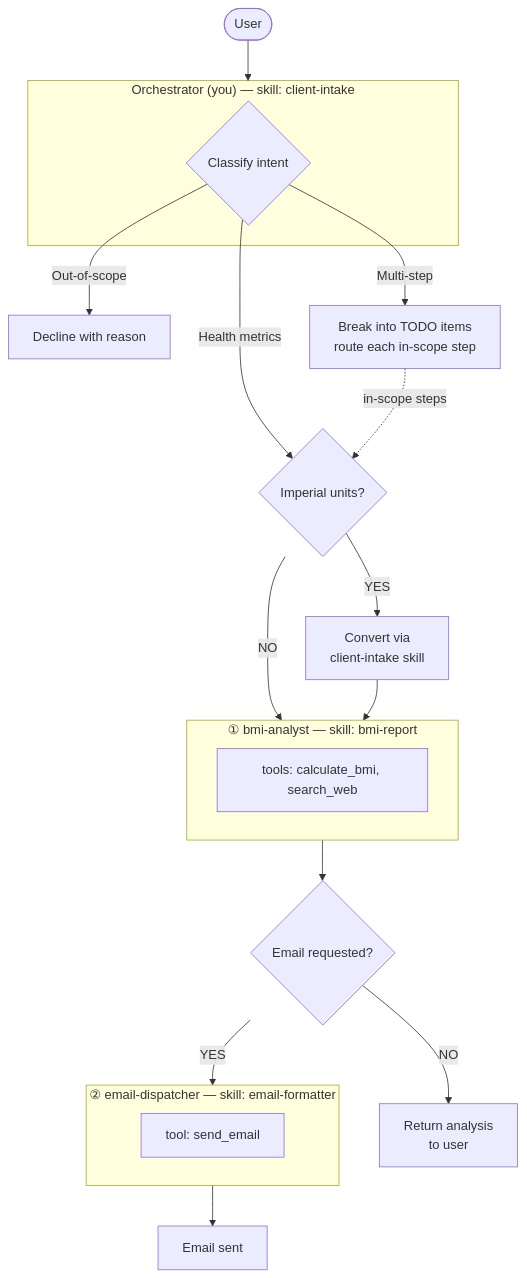
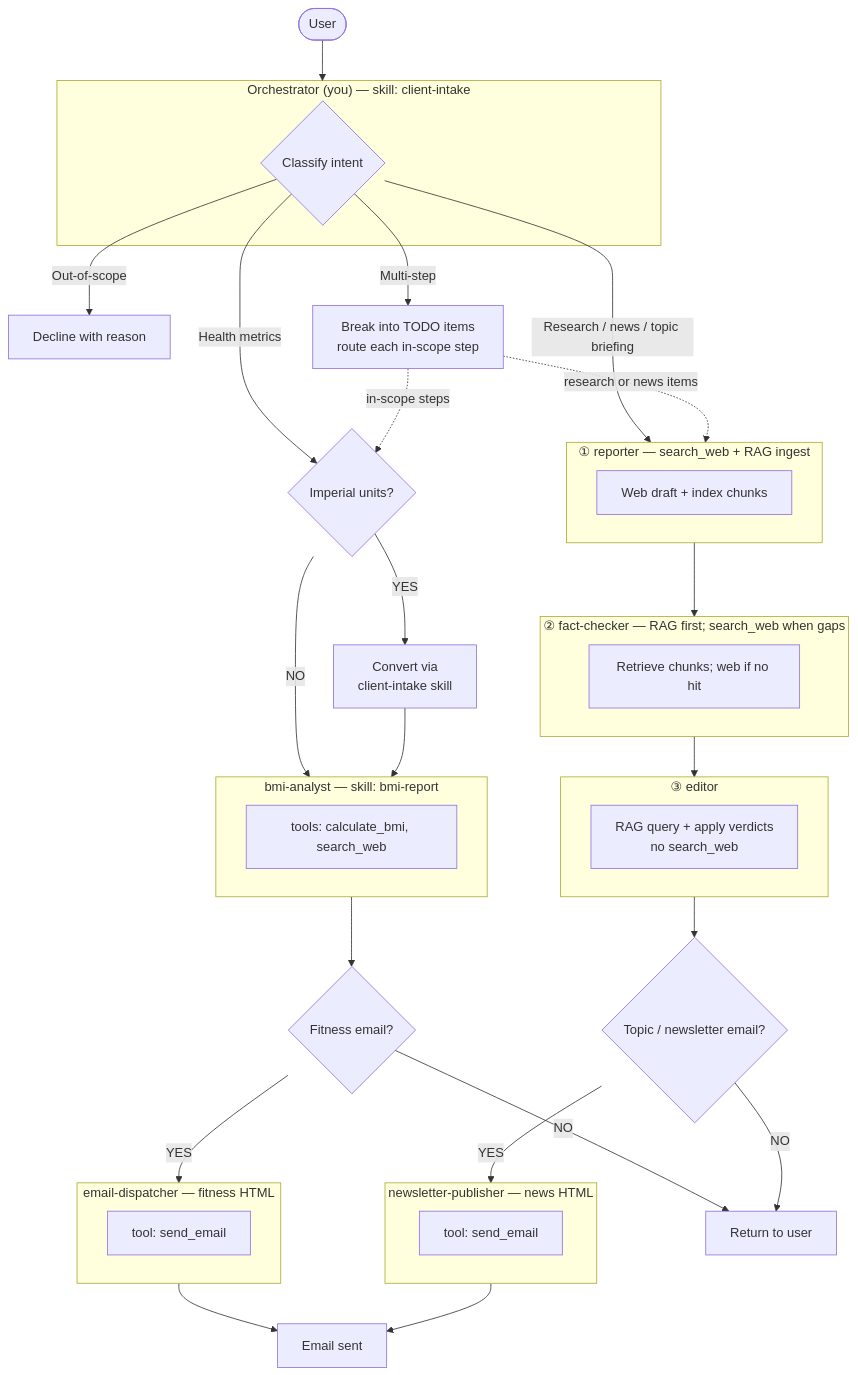
One commit to darxhii/template-agent-con changed the diagram in template_agent/agent_config/system-prompt.md. Above: the diagram before and after it, drawn with Mermaid. The commit also changed other lines of this file and 51 other files, not shown here.

````diff
--- a/template_agent/agent_config/system-prompt.md
+++ b/template_agent/agent_config/system-prompt.md
@@ -12,34 +16,61 @@
 ```mermaid
 flowchart TD
     User([User]) --> Orch
 
     subgraph Orch["Orchestrator (you) — skill: client-intake"]
         Classify{Classify intent}
     end
 
     Classify -->|Out-of-scope| Decline[Decline with reason]
     Classify -->|Multi-step| TODO[Break into TODO items\nroute each in-scope step]
     Classify -->|Health metrics| Imperial{Imperial units?}
+    Classify -->|Research / news / topic briefing| Rep
 
     Imperial -->|YES| Convert[Convert via\nclient-intake skill]
     Imperial -->|NO| BA
 
     Convert --> BA
 
     TODO -.->|in-scope steps| Imperial
+    TODO -.->|research or news items| Rep
 
-    subgraph BA["① bmi-analyst — skill: bmi-report"]
+    subgraph Rep["① reporter — search_web + RAG ingest"]
+        Rep_Tools[Web draft + index chunks]
+    end
+
+    subgraph FC["② fact-checker — RAG first; search_web when gaps"]
+        FC_Tools[Retrieve chunks; web if no hit]
+    end
+
+    subgraph Ed["③ editor"]
+        Ed_Tools[RAG query + apply verdicts\nno search_web]
+    end
+
+    Rep --> FC
+    FC --> Ed
+
+    subgraph BA["bmi-analyst — skill: bmi-report"]
         BA_Tools[tools: calculate_bmi, search_web]
     end
 
-    BA --> Email{Email requested?}
+    BA --> FitEmail{Fitness email?}
+    Ed --> TopicEmail{Topic / newsletter email?}
 
-    Email -->|NO| Return[Return analysis\nto user]
-    Email -->|YES| RD
+    FitEmail -->|NO| Return[Return to user]
+    TopicEmail -->|NO| Return
 
-    subgraph RD["② email-dispatcher — skill: email-formatter"]
+    FitEmail -->|YES| RD
+
+    subgraph RD["email-dispatcher — fitness HTML"]
         RD_Tools[tool: send_email]
     end
 
+    TopicEmail -->|YES| NP
+
+    subgraph NP["newsletter-publisher — news HTML"]
+        NP_Tools[tool: send_email]
+    end
+
     RD --> Sent[Email sent]
+    NP --> Sent
 ```
````
